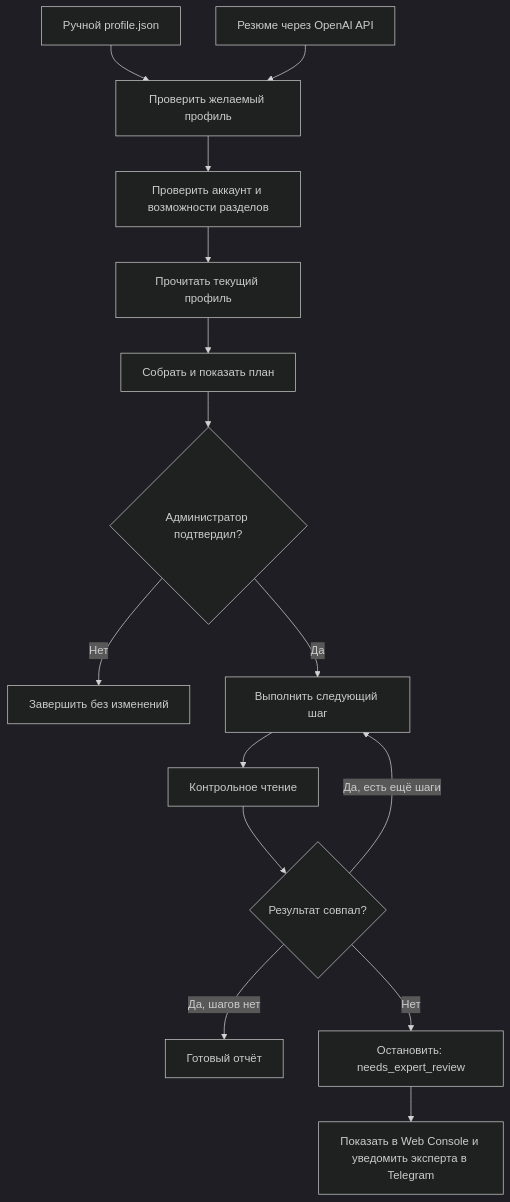
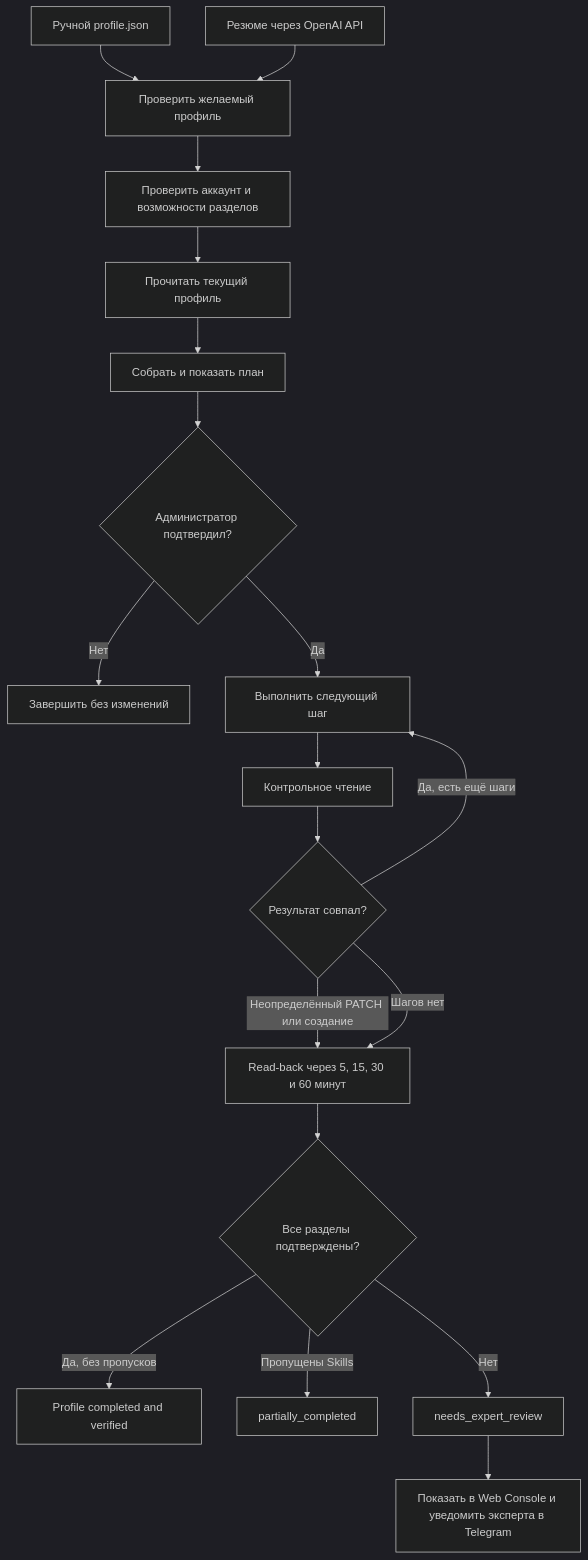
One commit to Kira2K/unicorn-autoresponder changed the diagram in src/features/linkedin-automation/profile-filler/docs/QUEUE_FLOW.md. Above: the diagram before and after it, drawn with Mermaid (dark theme). The commit also changed other lines of this file and 100 other files, not shown here.

````diff
--- a/src/features/linkedin-automation/profile-filler/docs/QUEUE_FLOW.md
+++ b/src/features/linkedin-automation/profile-filler/docs/QUEUE_FLOW.md
@@ -3,17 +3,21 @@
 ```mermaid
 flowchart TD
     A["Ручной profile.json"] --> V["Проверить желаемый профиль"]
     R["Резюме через OpenAI API"] --> V
     V --> C["Проверить аккаунт и возможности разделов"]
     C --> G["Прочитать текущий профиль"]
     G --> P["Собрать и показать план"]
     P --> Q{"Администратор подтвердил?"}
     Q -->|Нет| X["Завершить без изменений"]
     Q -->|Да| W["Выполнить следующий шаг"]
     W --> B["Контрольное чтение"]
     B --> M{"Результат совпал?"}
     M -->|Да, есть ещё шаги| W
-    M -->|Да, шагов нет| O["Готовый отчёт"]
-    M -->|Нет| F["Остановить: needs_expert_review"]
+    M -->|Неопределённый PATCH или создание| R1
+    M -->|Шагов нет| R1["Read-back через 5, 15, 30 и 60 минут"]
+    R1 --> OK{"Все разделы подтверждены?"}
+    OK -->|Да, без пропусков| O["Profile completed and verified"]
+    OK -->|Пропущены Skills| P1["partially_completed"]
+    OK -->|Нет| F["needs_expert_review"]
     F --> N["Показать в Web Console и уведомить эксперта в Telegram"]
 ```
````
